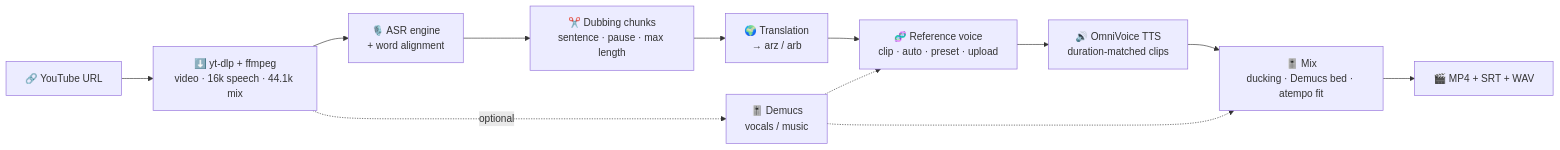
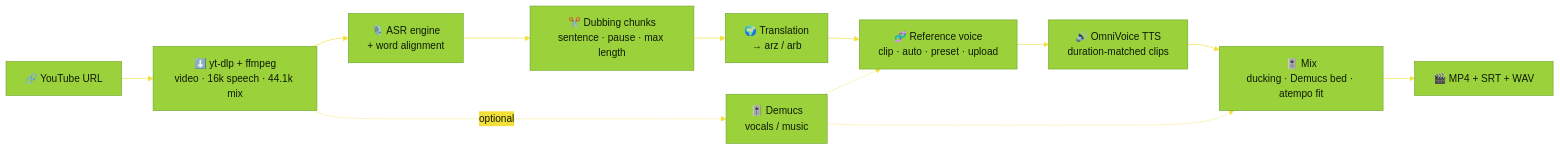
One commit to MohammedAly22/Dubby changed the diagram in README.md. Above: the diagram before and after it, drawn with Mermaid. The commit also changed other lines of this file and 26 other files, not shown here.

````diff
--- a/README.md
+++ b/README.md
@@ -26,14 +185,15 @@
 ```mermaid
+%%{init: {'theme':'base','themeVariables':{'primaryColor':'#9BD23C','primaryTextColor':'#0f1a05','primaryBorderColor':'#6FA82A','lineColor':'#F4E03A','secondaryColor':'#F4E03A','tertiaryColor':'#1a1f14'}}}%%
 flowchart LR
     A[🔗 YouTube URL] --> B[⬇️ yt-dlp + ffmpeg<br/>video · 16k speech · 44.1k mix]
     B --> C[🎙️ ASR engine<br/>+ word alignment]
     C --> D[✂️ Dubbing chunks<br/>sentence · pause · max length]
     D --> E[🌍 Translation<br/>→ arz / arb]
     E --> F[🧬 Reference voice<br/>clip · auto · preset · upload]
     F --> G[🔊 OmniVoice TTS<br/>duration-matched clips]
     G --> H[🎚️ Mix<br/>ducking · Demucs bed · atempo fit]
     H --> I[🎬 MP4 + SRT + WAV]
     B -.optional.-> S[🎚️ Demucs<br/>vocals / music]
     S -.-> F
     S -.-> H
 ```
````
